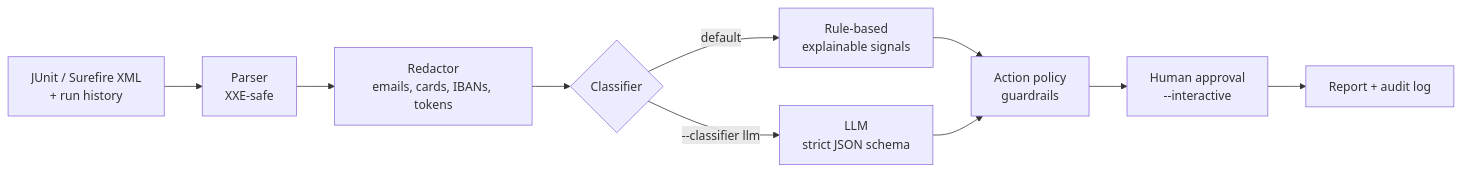
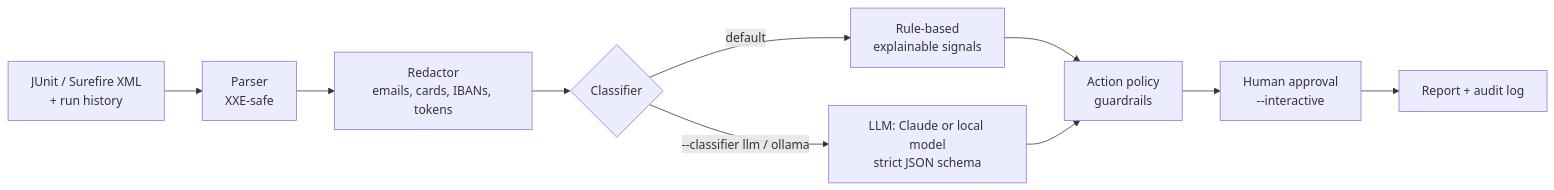
One commit to deingvard/test-failure-triage-agent changed the diagram in README.md. Above: the diagram before and after it, drawn with Mermaid. The commit also changed other lines of this file and 2 other files, not shown here.

First line of the commit message:
README: measured results of a local Qwen 2.5 7B model vs rules

````diff
--- a/README.md
+++ b/README.md
@@ -23,12 +24,12 @@
 ```mermaid
 flowchart LR
     A[JUnit / Surefire XML<br/>+ run history] --> B[Parser<br/>XXE-safe]
     B --> C[Redactor<br/>emails, cards, IBANs, tokens]
     C --> D{Classifier}
     D -->|default| E[Rule-based<br/>explainable signals]
-    D -->|--classifier llm| F[LLM<br/>strict JSON schema]
+    D -->|--classifier llm / ollama| F[LLM: Claude or local model<br/>strict JSON schema]
     E --> G[Action policy<br/>guardrails]
     F --> G
     G --> H[Human approval<br/>--interactive]
     H --> I[Report + audit log]
 ```
````
